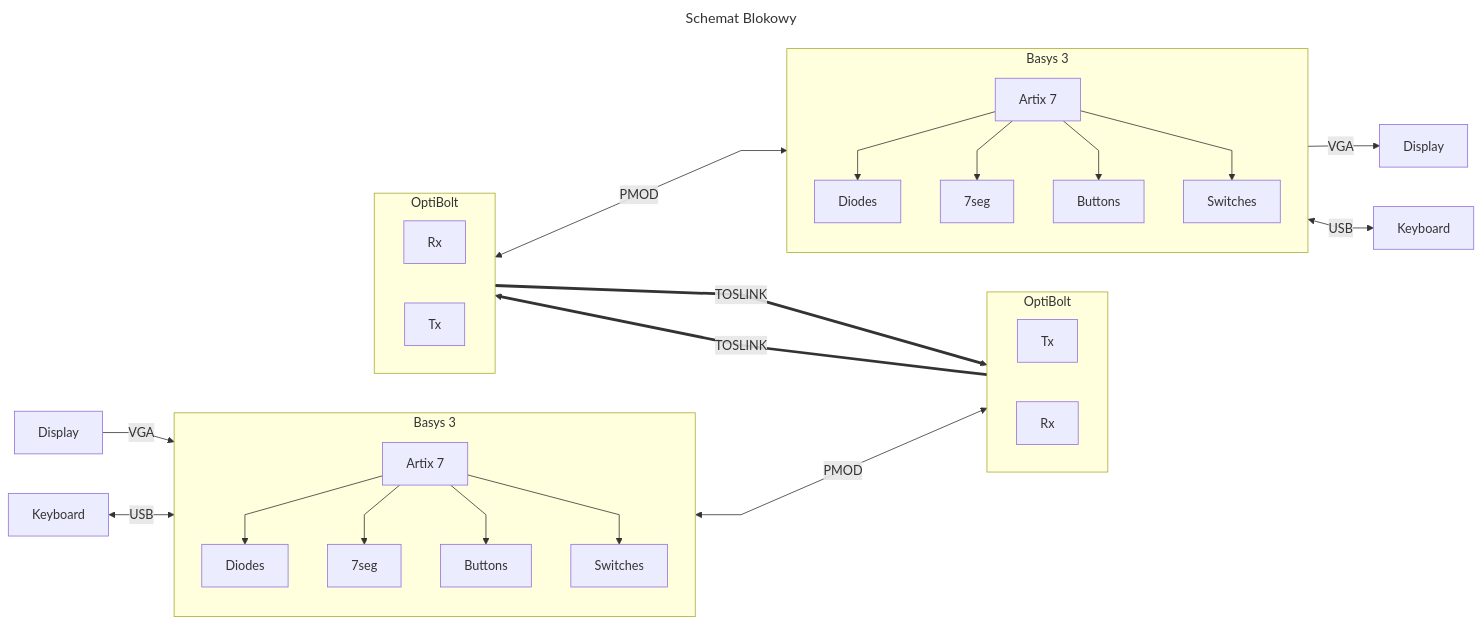
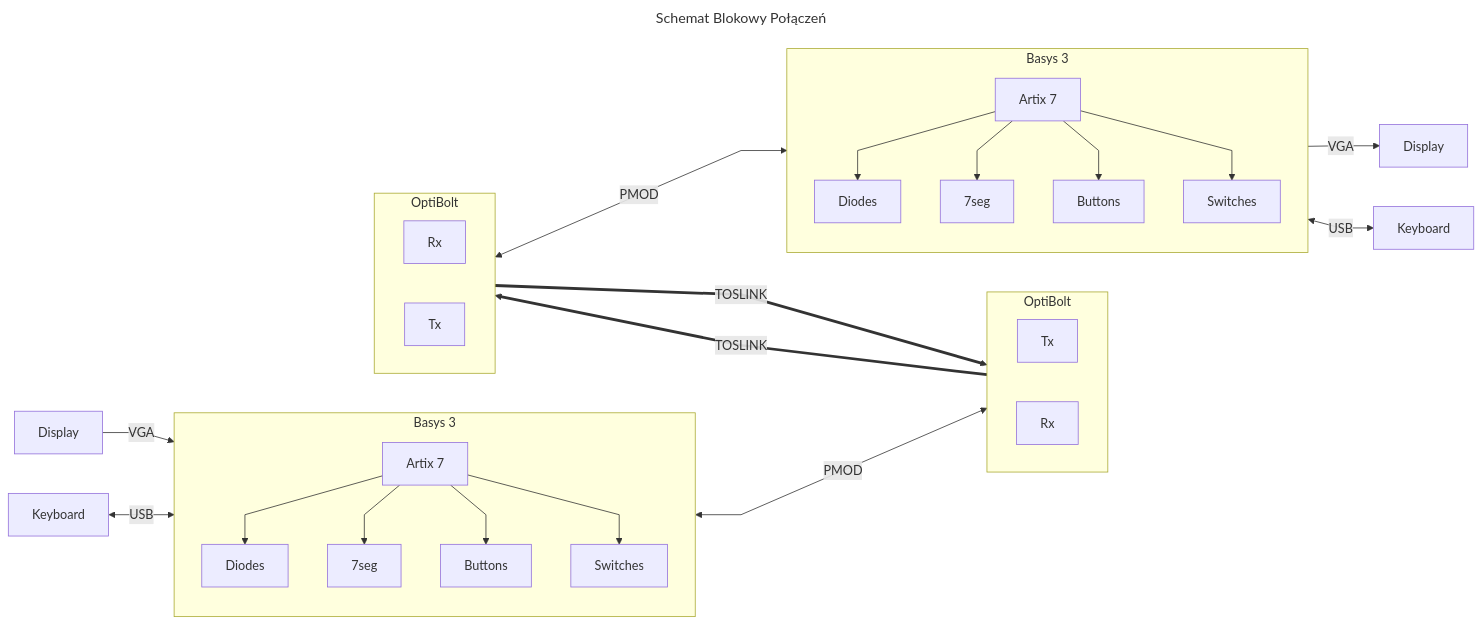
Before and after one commit to Ziemniaczenka/OptiBolt-protocol-and-evaluation: the first of 2 diagrams in README.md, drawn with Mermaid. The commit also changed other lines of this file and 4 other files, not shown here.

````diff
--- a/README.md
+++ b/README.md
@@ -161,58 +165,58 @@
 ```mermaid
 ---
-title: Schemat Blokowy
+title: Schemat Blokowy Połączeń
 ---
 flowchart LR
   %%{init: {'flowchart': {'curve': 'linear'}}}%%
 
   %% --- Left Board ---
 
   Disp1[Display] --> |VGA| Basys1 
   Kb1[Keyboard] <--> |USB| Basys1
 
   subgraph Basys1[Basys 3]
     direction TB
     CPU1[Artix 7]
     CPU1 --> D1[Diodes]
     CPU1 --> 7seg1[7seg]
     CPU1 --> B1[Buttons]
     CPU1 --> Sw1[Switches]
   end
 
   %% --- Left OptiBolt ---
   subgraph OB1[OptiBolt]
     direction LR
     Tx1[Tx]
     Rx1[Rx]
   end
 
   Basys1 <--> |PMOD| OB1
 
   %% --- Right OptiBolt ---
   subgraph OB2[OptiBolt]
     direction LR
     Rx2[Rx]
     Tx2[Tx]
   end
 
   %% --- Central Optical Link ---
   Tx1 ==> |TOSLINK| Rx2 
   Rx1 ~~~  Tx2 ==> |TOSLINK| Rx1 
   Tx2 ~~~ Rx1
 
   OB2 <--> |PMOD| Basys2
 
   %% --- Right Board ---
 
   subgraph Basys2[Basys 3]
     direction TB
     CPU2[Artix 7]
     CPU2 --> D2[Diodes]
     CPU2 --> 7seg2[7seg]
     CPU2 --> B2[Buttons]
     CPU2 --> Sw2[Switches]
   end
   
   Basys2 --> |VGA| Disp2[Display]
   Basys2 <--> |USB| Kb2[Keyboard]
 ```
````
